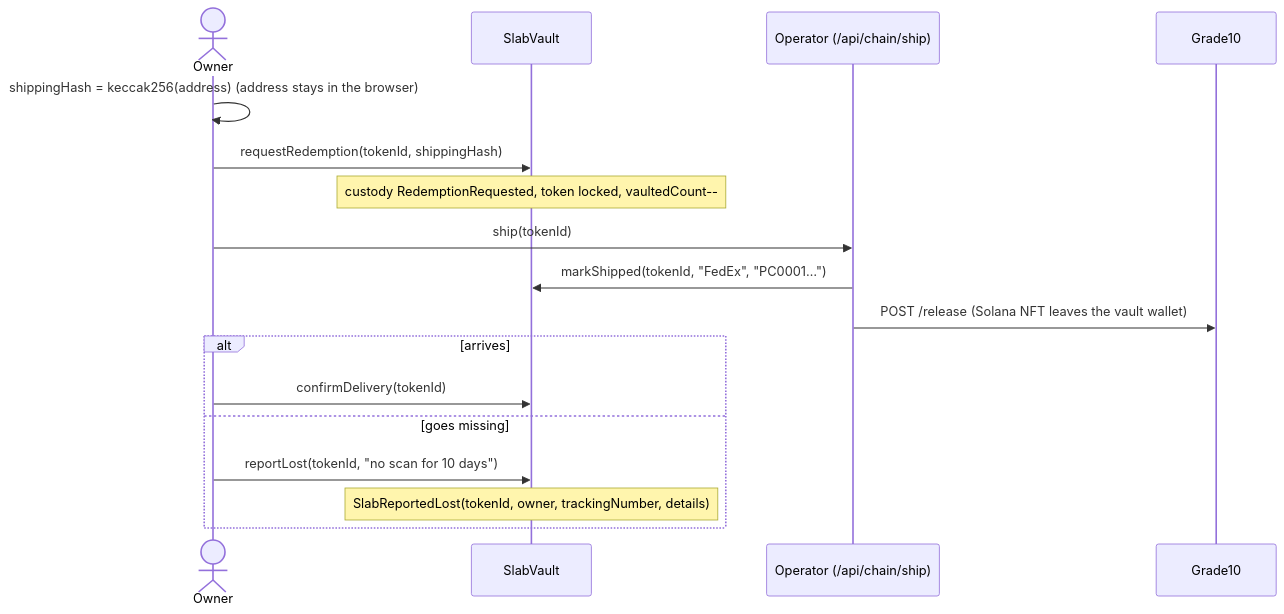
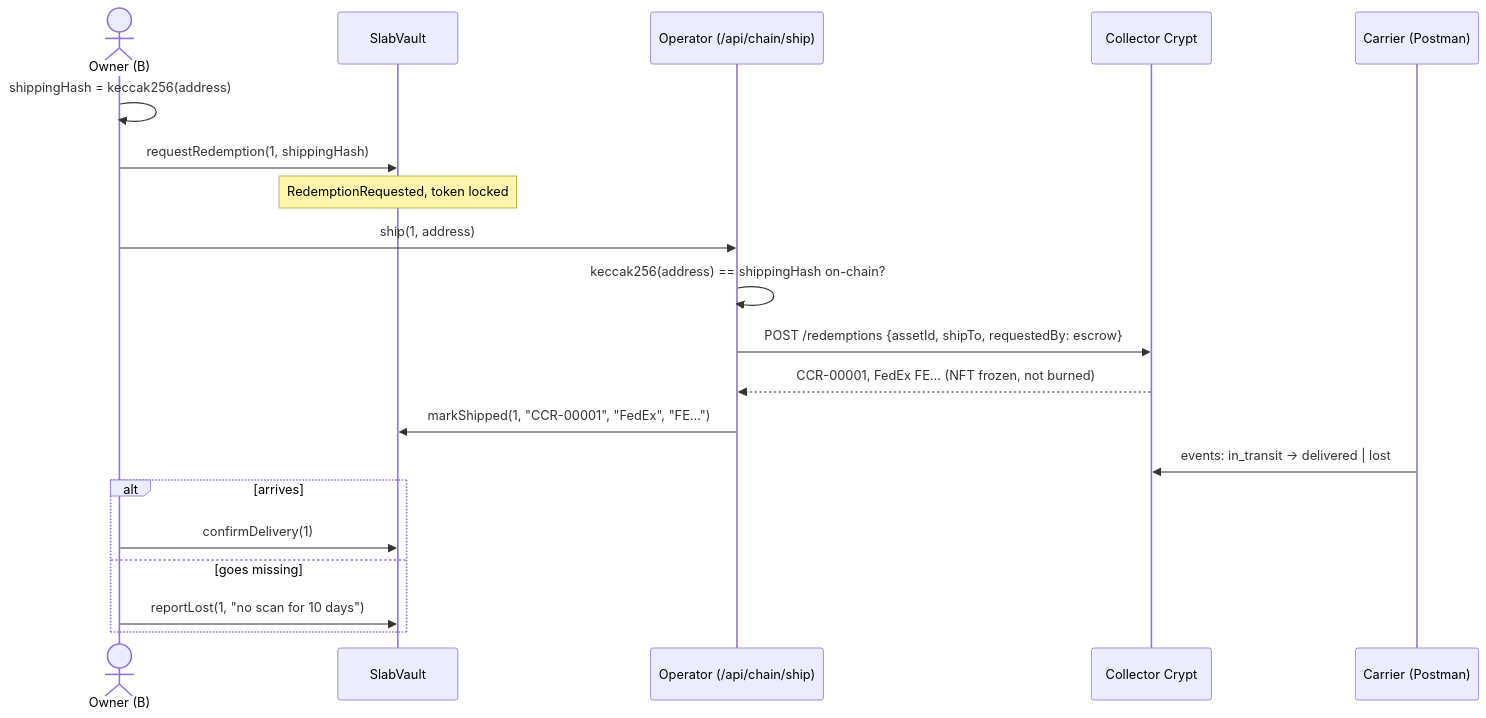
One commit to Xenonwizard/IS4302project changed the sixth of 6 diagrams in docs/blockchain-onboarding.md. Above: the diagram before and after it, drawn with Mermaid. The commit also changed other lines of this file and 49 other files, not shown here.

````diff
--- a/docs/blockchain-onboarding.md
+++ b/docs/blockchain-onboarding.md
@@ -192,19 +233,22 @@
 ```mermaid
 sequenceDiagram
-  actor U as Owner
+  actor B as Owner (B)
   participant SV as SlabVault
   participant O as Operator (/api/chain/ship)
-  participant G as Grade10
-  U->>U: shippingHash = keccak256(address)  (address stays in the browser)
-  U->>SV: requestRedemption(tokenId, shippingHash)
-  Note over SV: custody RedemptionRequested, token locked, vaultedCount--
-  U->>O: ship(tokenId)
-  O->>SV: markShipped(tokenId, "FedEx", "PC0001…")
-  O->>G: POST /release (Solana NFT leaves the vault wallet)
+  participant CC as Collector Crypt
+  participant C as Carrier (Postman)
+  B->>B: shippingHash = keccak256(address)
+  B->>SV: requestRedemption(1, shippingHash)
+  Note over SV: RedemptionRequested, token locked
+  B->>O: ship(1, address)
+  O->>O: keccak256(address) == shippingHash on-chain?
+  O->>CC: POST /redemptions {assetId, shipTo, requestedBy: escrow}
+  CC-->>O: CCR-00001, FedEx FE…  (NFT frozen, not burned)
+  O->>SV: markShipped(1, "CCR-00001", "FedEx", "FE…")
+  C->>CC: events: in_transit → delivered | lost
   alt arrives
-    U->>SV: confirmDelivery(tokenId)
+    B->>SV: confirmDelivery(1)
   else goes missing
-    U->>SV: reportLost(tokenId, "no scan for 10 days")
-    Note over SV: SlabReportedLost(tokenId, owner, trackingNumber, details)
+    B->>SV: reportLost(1, "no scan for 10 days")
   end
 ```
````
